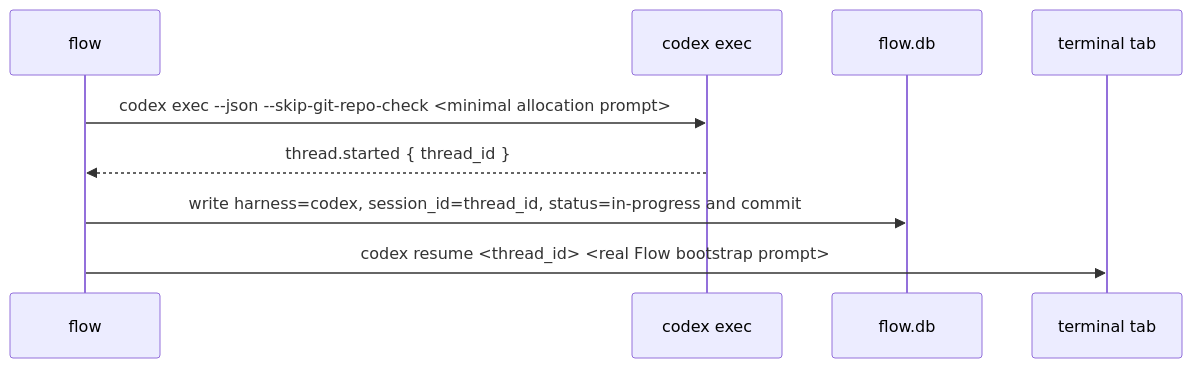
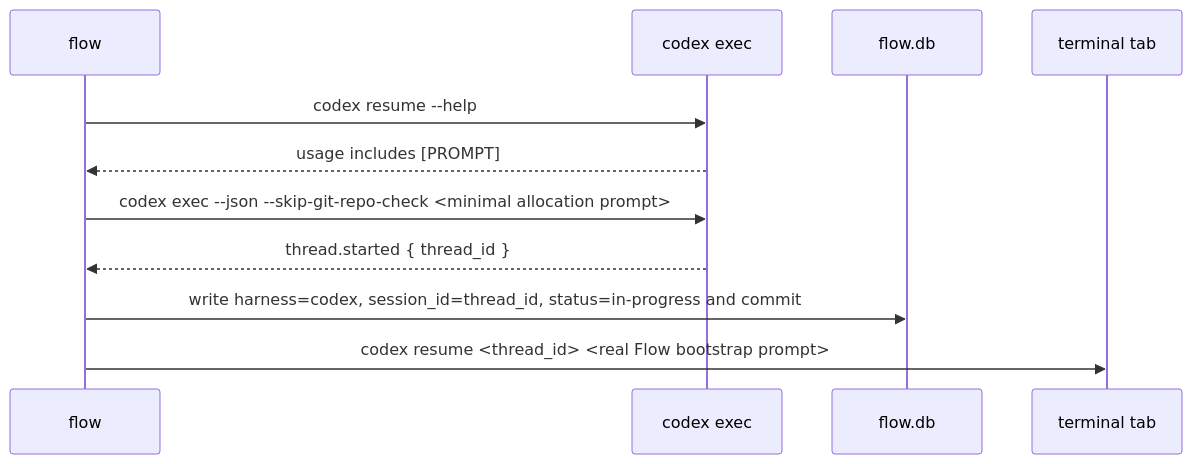
Before and after one commit to swapnildahiphale/flow: the second of 2 diagrams in docs/superpowers/specs/2026-05-28-codex-harness-support-design.md, drawn with Mermaid. The commit also changed other lines of this file and 8 other files, not shown here.

Commit message:
fix: preflight codex resume prompt support

````diff
--- a/docs/superpowers/specs/2026-05-28-codex-harness-support-design.md
+++ b/docs/superpowers/specs/2026-05-28-codex-harness-support-design.md
@@ -217,12 +221,14 @@
 ```mermaid
 sequenceDiagram
   participant F as flow
   participant C as codex exec
   participant DB as flow.db
   participant T as terminal tab
 
+  F->>C: codex resume --help
+  C-->>F: usage includes [PROMPT]
   F->>C: codex exec --json --skip-git-repo-check <minimal allocation prompt>
   C-->>F: thread.started { thread_id }
   F->>DB: write harness=codex, session_id=thread_id, status=in-progress and commit
   F->>T: codex resume <thread_id> <real Flow bootstrap prompt>
 ```
````
